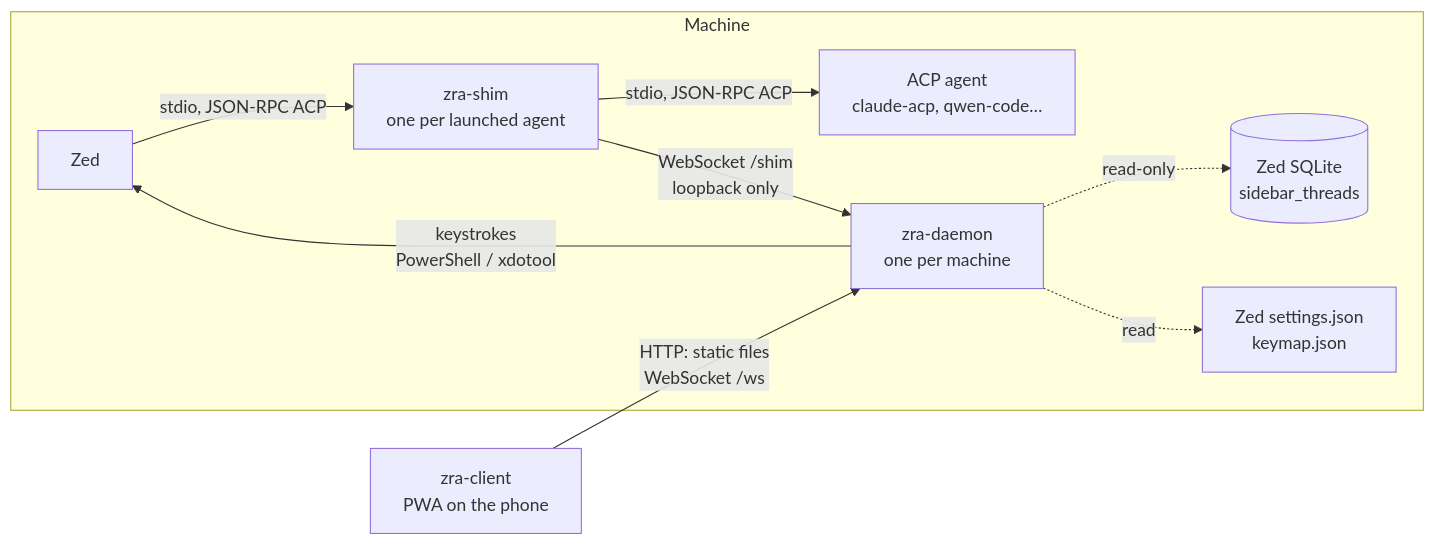
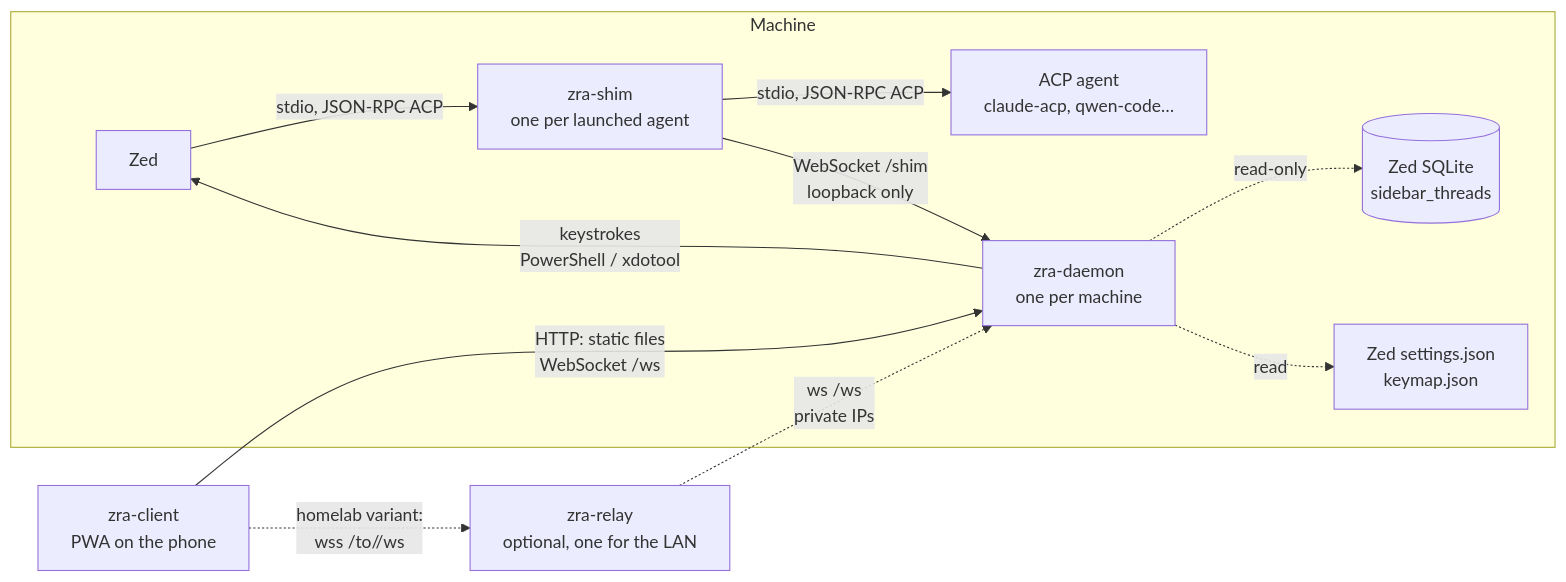
Before and after one commit to gdelaunay/zra: the diagram in docs/en/architecture.md, drawn with Mermaid. The commit also changed other lines of this file and 19 other files, not shown here.

````diff
--- a/docs/en/architecture.md
+++ b/docs/en/architecture.md
@@ -15,12 +15,14 @@
 ```mermaid
 flowchart LR
   subgraph Machine
     Zed[Zed] -- "stdio, JSON-RPC ACP" --> Shim[zra-shim<br/>one per launched agent]
     Shim -- "stdio, JSON-RPC ACP" --> Agent[ACP agent<br/>claude-acp, qwen-code…]
     Shim -- "WebSocket /shim<br/>loopback only" --> Daemon[zra-daemon<br/>one per machine]
     Daemon -. "read-only" .-> DB[(Zed SQLite<br/>sidebar_threads)]
     Daemon -. "read" .-> Cfg[Zed settings.json<br/>keymap.json]
     Daemon -- "keystrokes<br/>PowerShell / xdotool" --> Zed
   end
   PWA[zra-client<br/>PWA on the phone] -- "HTTP: static files<br/>WebSocket /ws" --> Daemon
+  PWA -. "homelab variant:<br/>wss /to/<ip>/ws" .-> Relay[zra-relay<br/>optional, one for the LAN]
+  Relay -. "ws /ws<br/>private IPs" .-> Daemon
 ```
````
